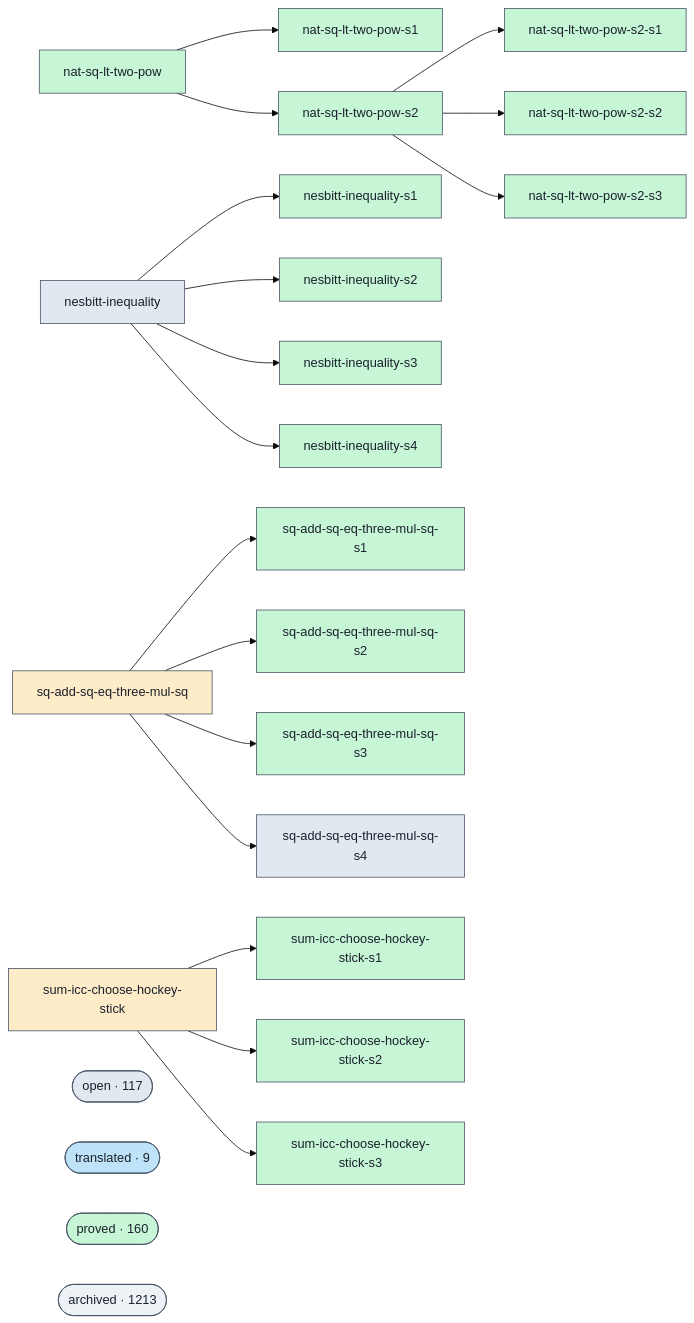
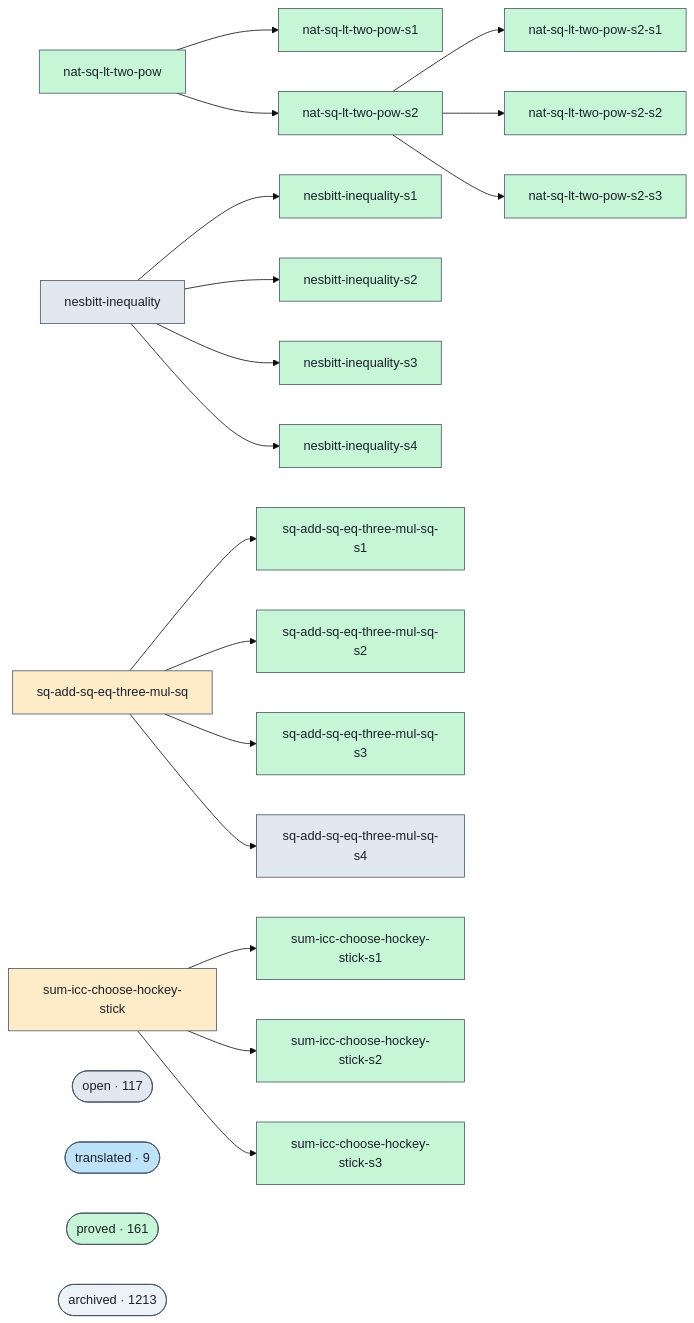
The diagram in docs/proofs-contributors-visualisation.md (ohdearquant/unsorry), drawn with Mermaid (base theme) before and after one commit. The commit also changed other lines of this file and 2 other files, not shown here.

```diff
--- a/docs/proofs-contributors-visualisation.md
+++ b/docs/proofs-contributors-visualisation.md
@@ -102,7 +102,7 @@
   class cluster_open open;
   cluster_translated(["translated · 9"])
   class cluster_translated translated;
-  cluster_proved(["proved · 160"])
+  cluster_proved(["proved · 161"])
   class cluster_proved proved;
   cluster_archived(["archived · 1213"])
   class cluster_archived unknown;
```
